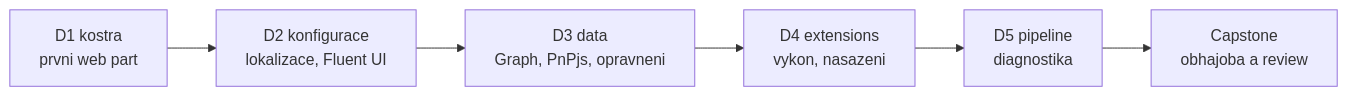
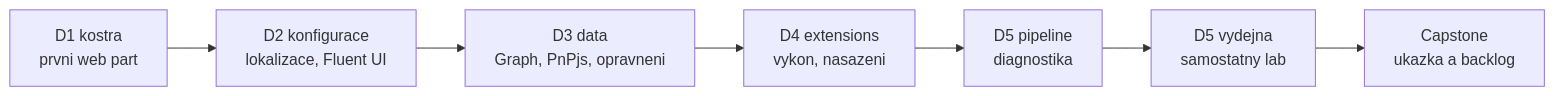
Before and after one commit to MalasekPetr/gopas-spo_dev_1: the diagram in agenda.md, drawn with Mermaid. The commit also changed other lines of this file and 15 other files, not shown here.

````diff
--- a/agenda.md
+++ b/agenda.md
@@ -140,8 +148,9 @@
 ```mermaid
 flowchart LR
   D1[D1 kostra<br/>prvni web part] --> D2[D2 konfigurace<br/>lokalizace, Fluent UI]
   D2 --> D3[D3 data<br/>Graph, PnPjs, opravneni]
   D3 --> D4[D4 extensions<br/>vykon, nasazeni]
   D4 --> D5[D5 pipeline<br/>diagnostika]
-  D5 --> C[Capstone<br/>obhajoba a review]
+  D5 --> V[D5 vydejna<br/>samostatny lab]
+  V --> C[Capstone<br/>ukazka a backlog]
 ```
````
